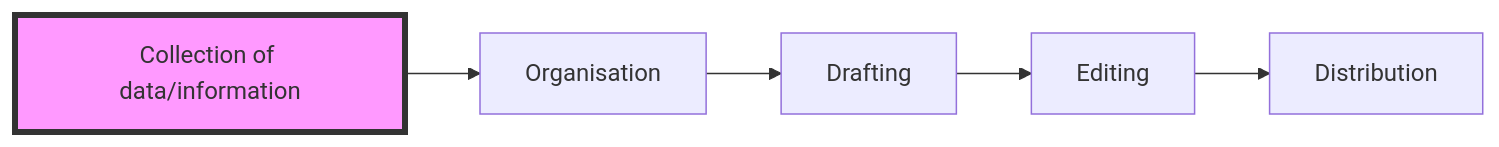
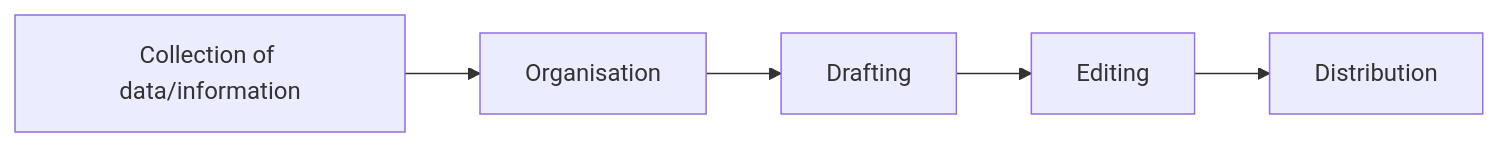
Before and after one commit to giorgio-bendoni/giorgio-bendoni.github.io: the diagram in myworkflow.md, drawn with Mermaid. The commit also changed other lines of this file, not shown here.

```diff
--- a/myworkflow.md
+++ b/myworkflow.md
@@ -13,8 +13,7 @@
 <div class="mermaid">
 graph LR
-  A[Collection of data/information]:::className-->B[Organisation]
+  A[Collection of data/information]-->B[Organisation]
   B-->C[Drafting]
   C-->D[Editing]
   D-->E[Distribution]
-classDef className fill:#f9f,stroke:#333,stroke-width:4px;
 </div>
```
